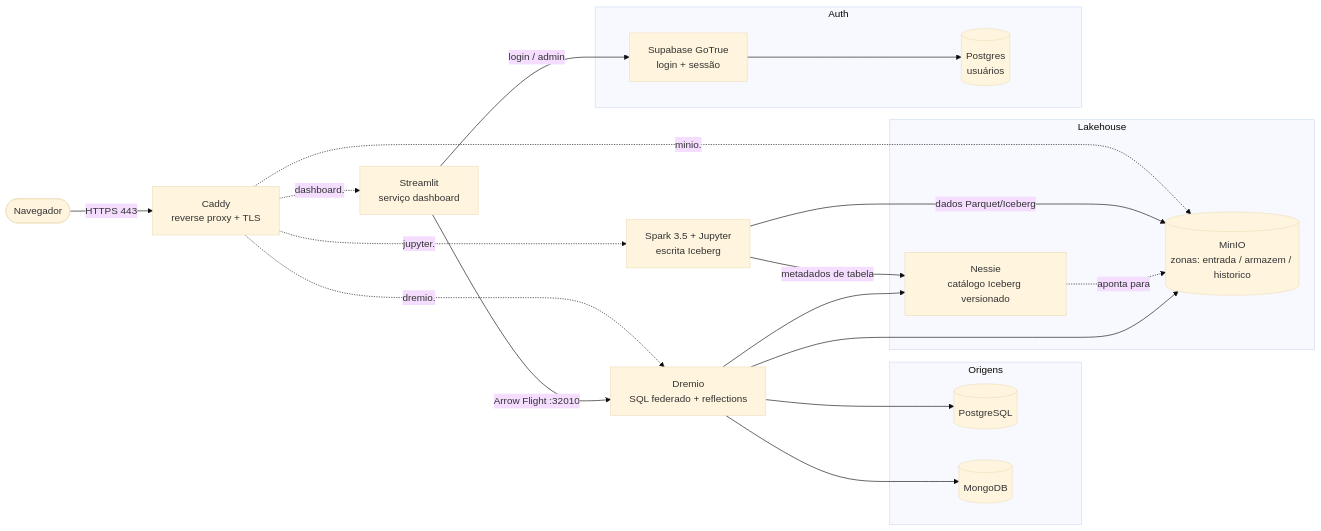
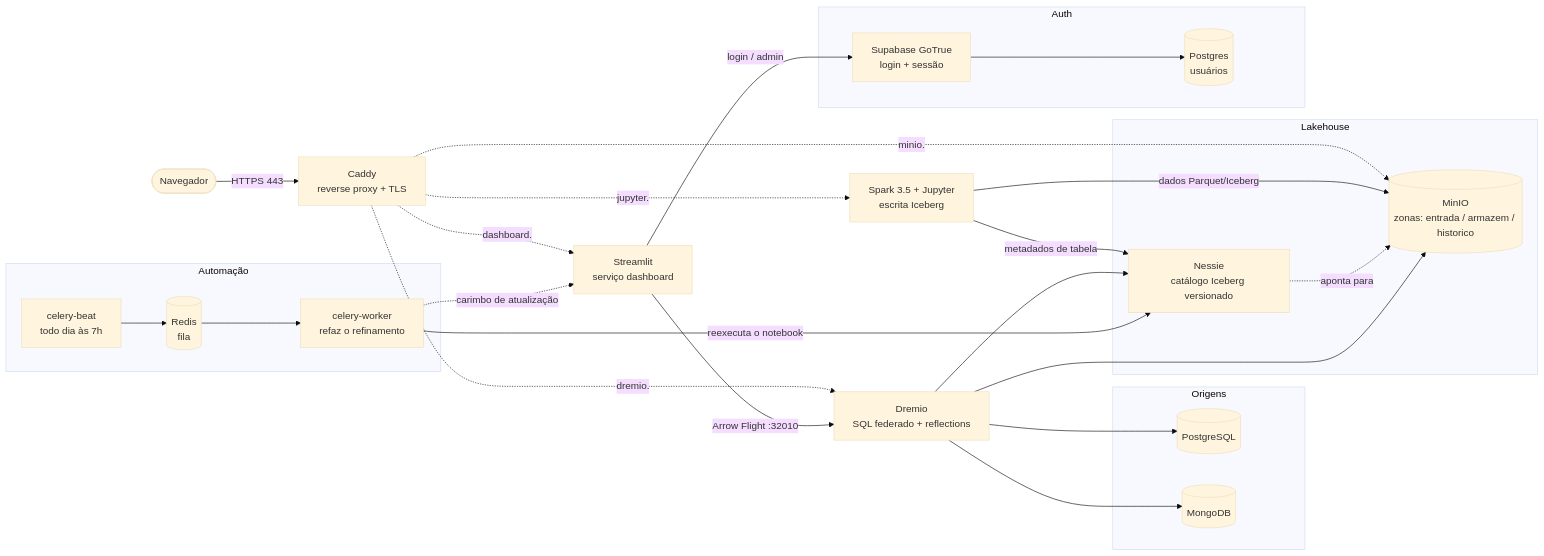
The diagram in readme.md (ramonabreu-data/lakehouse_v3), drawn with Mermaid (base theme) before and after one commit. The commit also changed other lines of this file and 16 other files, not shown here.

````diff
--- a/readme.md
+++ b/readme.md
@@ -35,38 +36,47 @@
 ```mermaid
 flowchart LR
     subgraph Origens
         PG[(PostgreSQL)]
         MG[(MongoDB)]
     end
 
     subgraph Lakehouse
         MIO[(MinIO<br/>zonas: entrada / armazem / historico)]
         NES[Nessie<br/>catálogo Iceberg versionado]
     end
 
     SPK[Spark 3.5 + Jupyter<br/>escrita Iceberg]
     DRE[Dremio<br/>SQL federado + reflections]
     STL[Streamlit<br/>serviço dashboard]
 
     subgraph Auth
         GT[Supabase GoTrue<br/>login + sessão]
         SDB[(Postgres<br/>usuários)]
     end
 
+    subgraph Automação
+        BEAT[celery-beat<br/>todo dia às 7h]
+        WRK[celery-worker<br/>refaz o refinamento]
+        RDS[(Redis<br/>fila)]
+    end
+
     USR([Navegador]) -->|HTTPS 443| CAD[Caddy<br/>reverse proxy + TLS]
     CAD -.->|dashboard.| STL
     CAD -.->|dremio.| DRE
     CAD -.->|minio.| MIO
     CAD -.->|jupyter.| SPK
 
     SPK -->|dados Parquet/Iceberg| MIO
     SPK -->|metadados de tabela| NES
     NES -.->|aponta para| MIO
     DRE --> NES
     DRE --> MIO
     DRE --> PG
     DRE --> MG
     STL -->|Arrow Flight :32010| DRE
     STL -->|login / admin| GT
     GT --> SDB
+    BEAT --> RDS --> WRK
+    WRK -->|reexecuta o notebook| NES
+    WRK -.->|carimbo de atualização| STL
 ```
````
